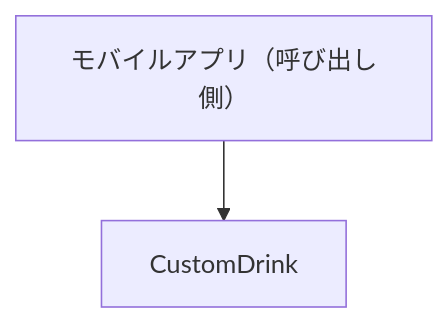
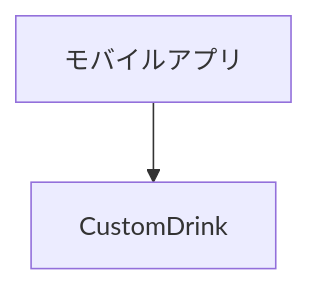
One commit to kumachan1101-pixel/DesignPattern changed the second of 10 diagrams in kindle/design-patterns/output/chapter06.md. Above: the diagram before and after it, drawn with Mermaid. The commit also changed other lines of this file and 12 other files, not shown here.

````diff
--- a/kindle/design-patterns/output/chapter06.md
+++ b/kindle/design-patterns/output/chapter06.md
@@ -117,5 +117,5 @@
 ```mermaid
 graph TD
-    Client["モバイルアプリ（呼び出し側）"] --> CustomDrink["CustomDrink"]
+    Client["モバイルアプリ"] --> CustomDrink["CustomDrink"]
 
 ```
````
